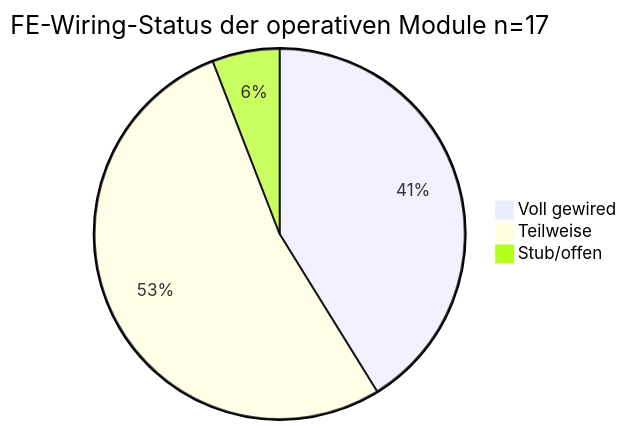
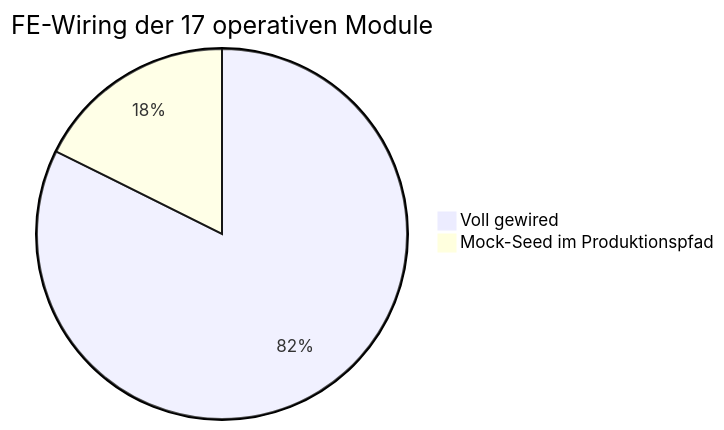
One commit to Lukes-Git-Beginning/KMU-Hub changed the first of 3 diagrams in .planning/status-overview.md. Above: the diagram before and after it, drawn with Mermaid. The commit also changed other lines of this file and 10 other files, not shown here.

````diff
--- a/.planning/status-overview.md
+++ b/.planning/status-overview.md
@@ -54,6 +79,5 @@
 ```mermaid
-pie title FE-Wiring-Status der operativen Module n=17
-    "Voll gewired" : 7
-    "Teilweise" : 9
-    "Stub/offen" : 1
+pie title FE-Wiring der 17 operativen Module
+    "Voll gewired" : 14
+    "Mock-Seed im Produktionspfad" : 3
 ```
````
